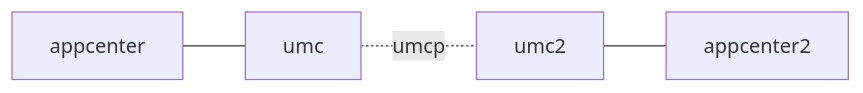
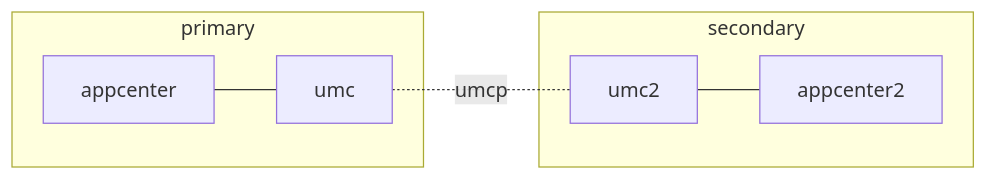
Before and after one commit to univention/ucs-school: the third of 3 diagrams in doc/devel/dev_rabbit_hole.md, drawn with Mermaid.

Commit message:
subgraphs for umcp communication

````diff
--- a/doc/devel/dev_rabbit_hole.md
+++ b/doc/devel/dev_rabbit_hole.md
@@ -127,4 +127,12 @@
 ```mermaid
 graph LR
-  appcenter --- umc-. umcp .-umc2 --- appcenter2
+  subgraph primary
+    appcenter --- umc
+  end
+    
+  subgraph secondary
+    umc2 --- appcenter2
+  end
+  
+  umc-. umcp .- umc2
 ```
````
